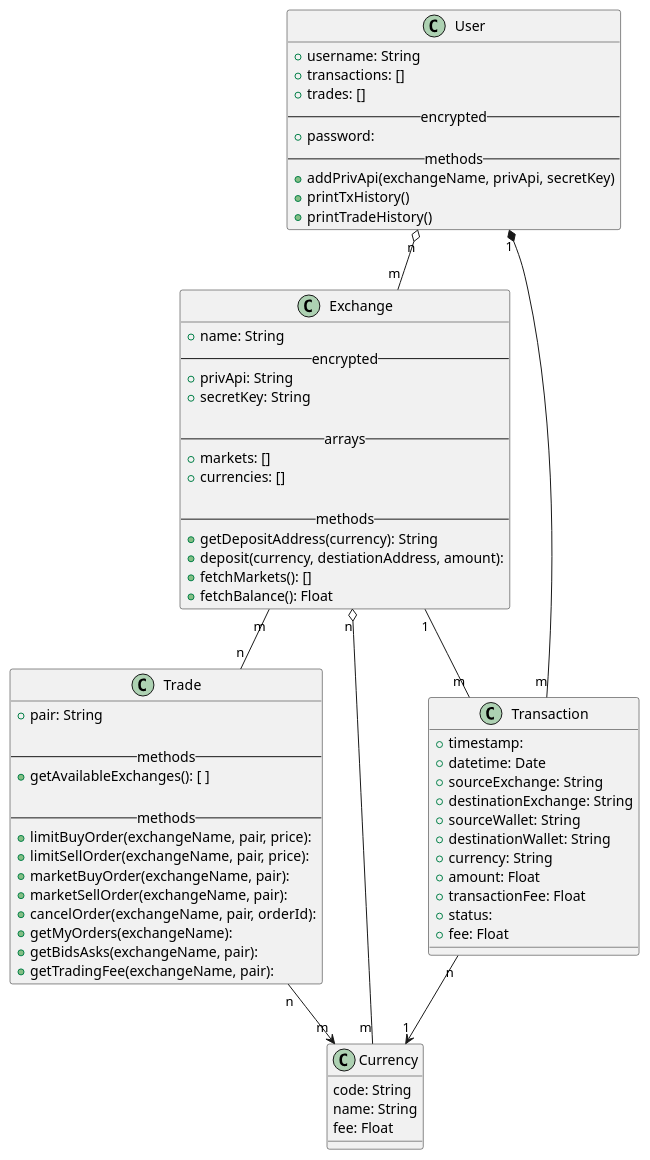
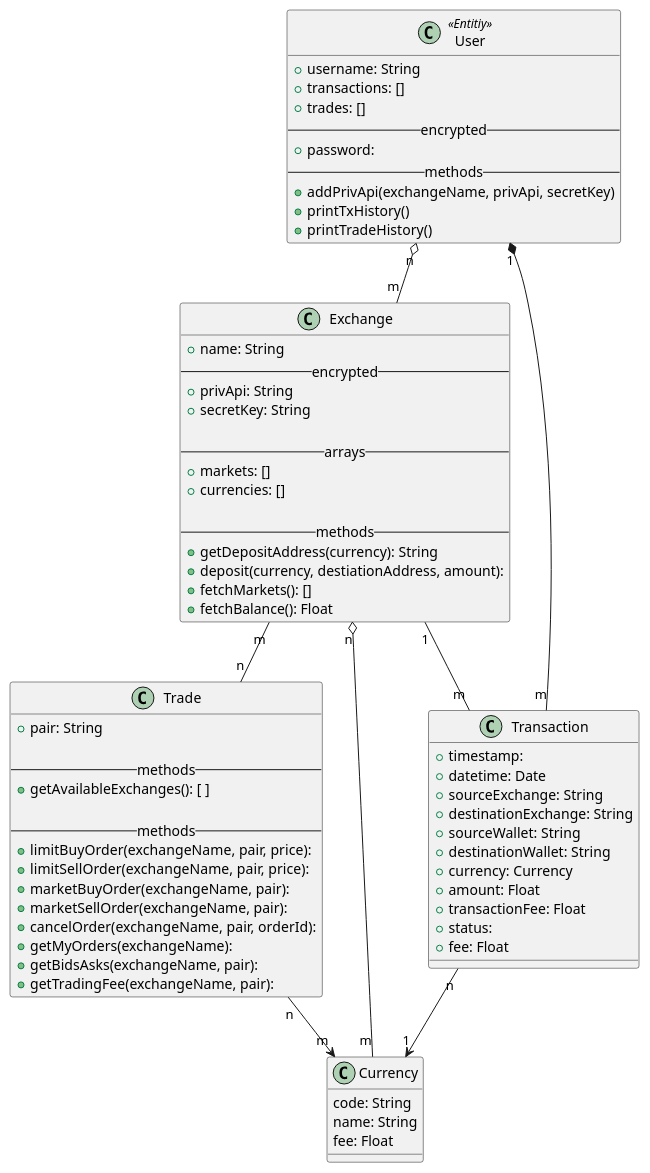
The diagram in backend/class-diagram.puml (enderpiyale/Arbatron), drawn with PlantUML before and after one commit. The commit also changed 2 other files, not shown here.

```diff
--- a/backend/class-diagram.puml
+++ b/backend/class-diagram.puml
@@ -1,77 +1,77 @@
 @startuml "Class Diagram"
 
-class User {
+class User <<Entitiy>> {
     + username: String
     + transactions: []
     + trades: []
     -- encrypted --
     + password: 
     -- methods --
     + addPrivApi(exchangeName, privApi, secretKey)
     + printTxHistory()
     + printTradeHistory()
 }
 
 class Exchange {
     + name: String
     -- encrypted --
     + privApi: String
     + secretKey: String
 
     -- arrays --
     + markets: []
     + currencies: [] 
 
     -- methods --
     + getDepositAddress(currency): String
     + deposit(currency, destiationAddress, amount):
     + fetchMarkets(): []
     + fetchBalance(): Float
 }
 
 class Trade {
     + pair: String 
 
     -- methods --
     + getAvailableExchanges(): [ ]
     
     -- methods --
     + limitBuyOrder(exchangeName, pair, price):
     + limitSellOrder(exchangeName, pair, price):
     + marketBuyOrder(exchangeName, pair):
     + marketSellOrder(exchangeName, pair):
     + cancelOrder(exchangeName, pair, orderId):
     + getMyOrders(exchangeName):
     + getBidsAsks(exchangeName, pair):
     + getTradingFee(exchangeName, pair):
 }
 
 class Transaction {
     + timestamp:
     + datetime: Date
     + sourceExchange: String
     + destinationExchange: String
     + sourceWallet: String
     + destinationWallet: String
-    + currency: String 
+    + currency: Currency
     + amount: Float
     + transactionFee: Float
     + status: 
     + fee: Float
 }
 
 class Currency {
     code: String
     name: String
     fee: Float
 }
 
 User "1" *-- "m" Transaction
 User "n" o-- "m" Exchange
 Trade "n" --> "m" Currency
 Transaction "n" --> "1" Currency
 Exchange "m" -- "n" Trade
 Exchange "1" -- "m" Transaction
 Exchange "n" o-- "m" Currency
 
 @enduml
```
